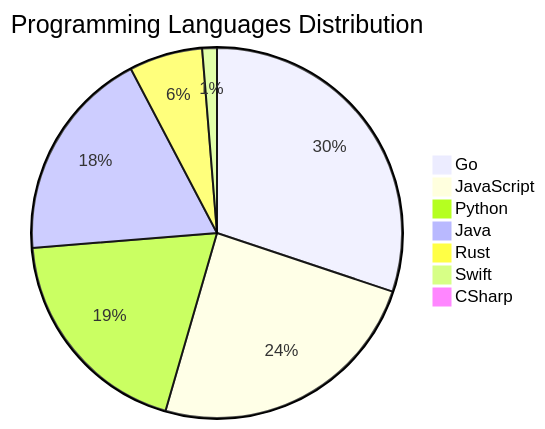
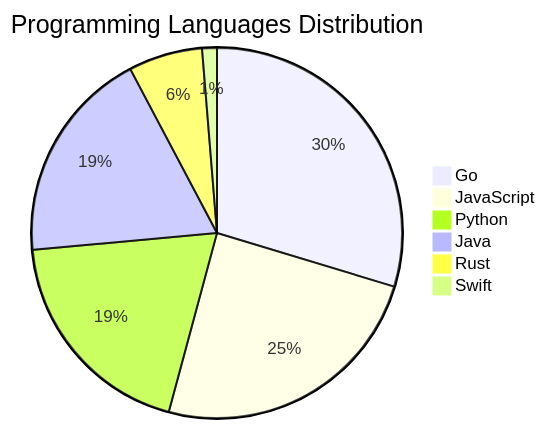
The diagram in README.md (Derrick-MUGISHA/github-activity-bot), drawn with Mermaid before and after one commit. The commit also changed other lines of this file and 4 other files, not shown here.

````diff
--- a/README.md
+++ b/README.md
@@ -207,10 +206,9 @@
 ```mermaid
 pie title Programming Languages Distribution
-    "Go" : 47
+    "Go" : 46
     "JavaScript" : 38
     "Python" : 30
     "Java" : 29
     "Rust" : 10
     "Swift" : 2
-    "CSharp" : 1
 ```
````
